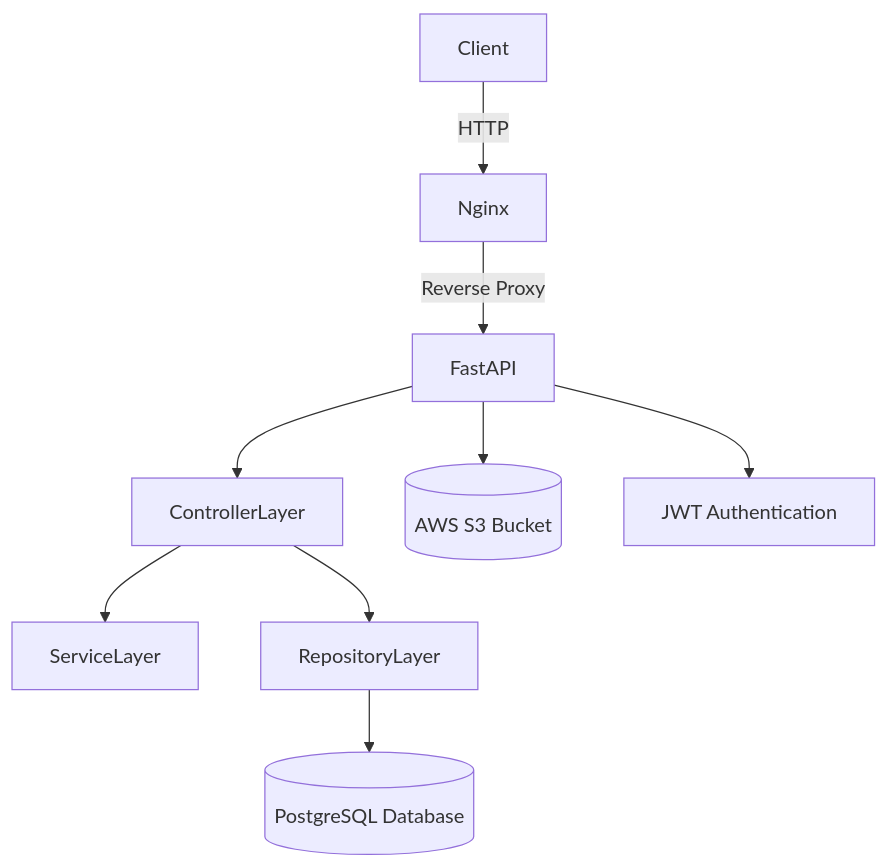
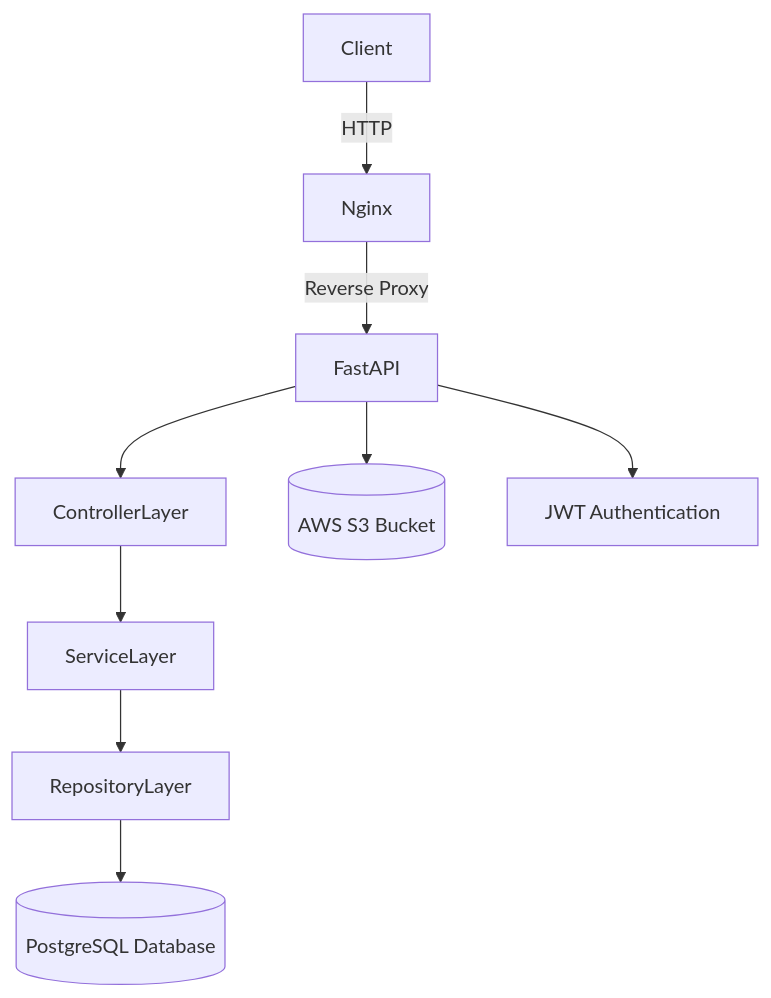
Before and after one commit to ethancyc0724/Simplified-Instagram-Backend: the first of 2 diagrams in README.md, drawn with Mermaid.

````diff
--- a/README.md
+++ b/README.md
@@ -64,10 +64,10 @@
 ```mermaid
 flowchart TD
     Client -->|HTTP| Nginx -->|Reverse Proxy| FastAPI
     FastAPI --> ControllerLayer
     ControllerLayer --> ServiceLayer
-    ControllerLayer --> RepositoryLayer
+    ServiceLayer --> RepositoryLayer
     RepositoryLayer --> PostgreSQL[(PostgreSQL Database)]
     FastAPI --> S3[(AWS S3 Bucket)]
     FastAPI --> JWT[JWT Authentication]
 ```
````
